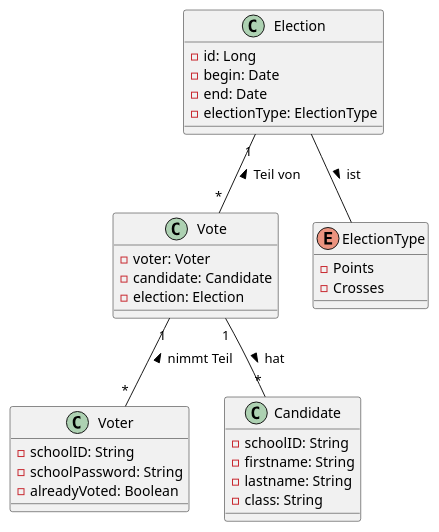
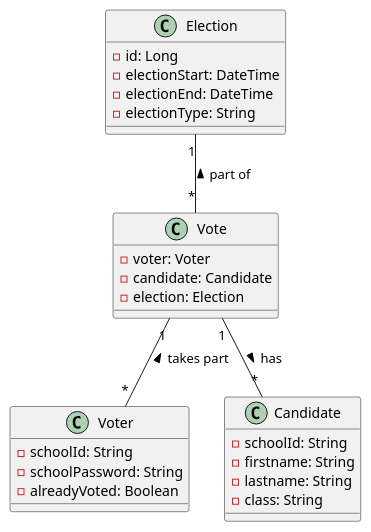
The diagram in asciidocs/plantuml/cld.puml (2324-4bhif-syp/2324-4bhif-syp-project-leovote), drawn with PlantUML before and after one commit.

Commit message:
chore: correct cld.puml - removed enum and replaced with String - enforced naming convention - changed electionStart and electionEnd type to DateTime

```diff
--- a/asciidocs/plantuml/cld.puml
+++ b/asciidocs/plantuml/cld.puml
@@ -1,39 +1,33 @@
 @startuml
 
 class Election {
     - id: Long
-    - begin: Date
-    - end: Date
-    - electionType: ElectionType
+    - electionStart: DateTime
+    - electionEnd: DateTime
+    - electionType: String
 }
 
 class Vote {
     - voter: Voter
     - candidate: Candidate
     - election: Election
 }
 
-enum ElectionType{
-    - Points
-    - Crosses
-}
-
 class Voter {
-    - schoolID: String
+    - schoolId: String
     - schoolPassword: String
     - alreadyVoted: Boolean
 }
 
 class Candidate {
-   - schoolID: String
+   - schoolId: String
    - firstname: String
    - lastname: String
    - class: String
 }
 
-Vote   "1"--"*" Candidate  : > hat
-Vote   "1"--"*" Voter  : < nimmt Teil
-Election "1"--"*" Vote : < Teil von
-Election -- ElectionType : > ist
+Vote   "1"--"*" Candidate  : > has
+Vote   "1"--"*" Voter  : < takes part
+Election "1"--"*" Vote : < part of
 
 @enduml
```
